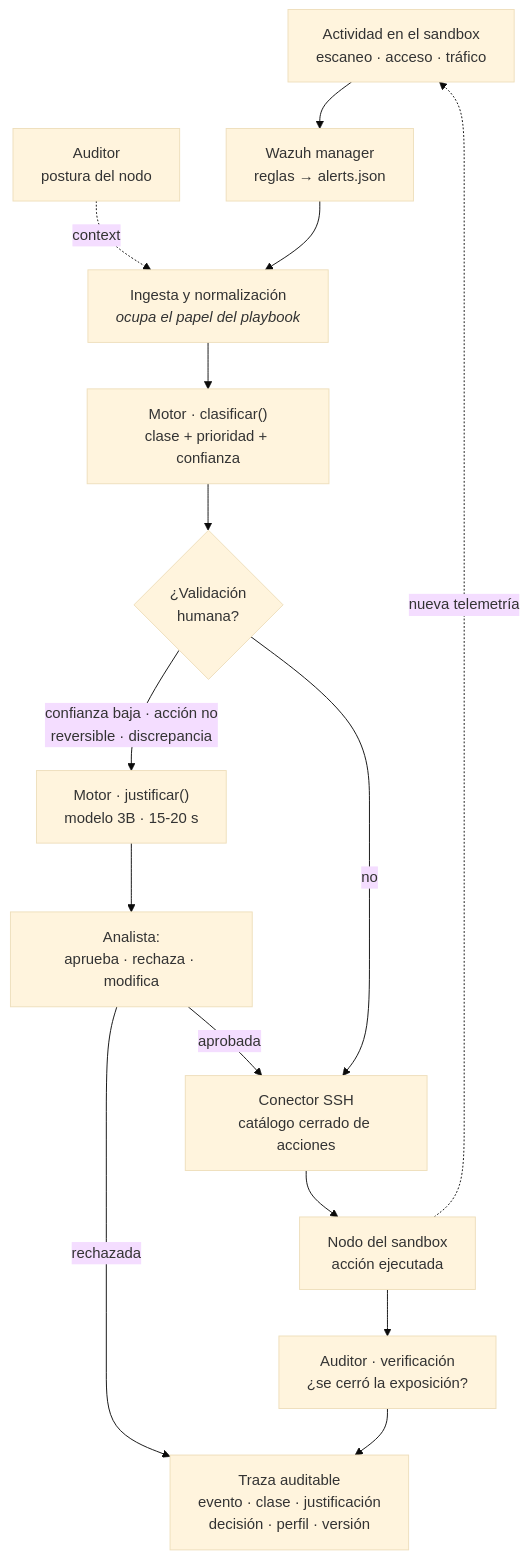
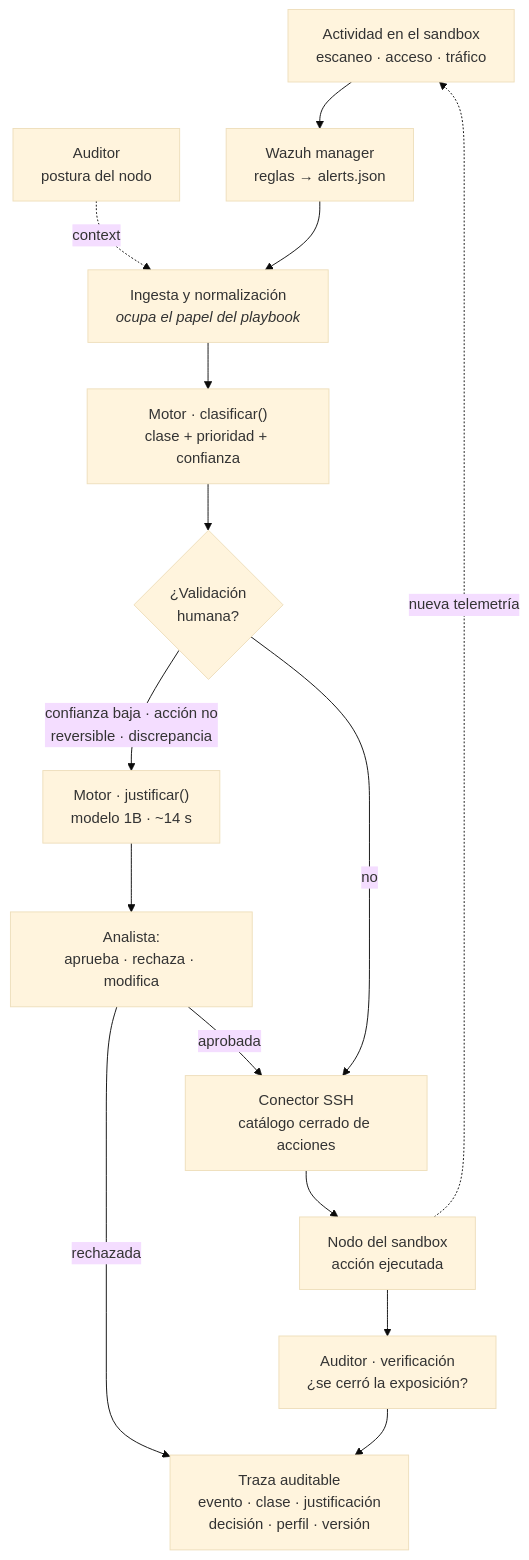
One commit to vBlanyer/domotai-pasantia changed the second of 3 diagrams in documentacion/04-fase4-diseno-de-arquitectura/flujo-triaje-playbook-sandbox.md. Above: the diagram before and after it, drawn with Mermaid (base theme). The commit also changed other lines of this file and 4 other files, not shown here.

````diff
--- a/documentacion/04-fase4-diseno-de-arquitectura/flujo-triaje-playbook-sandbox.md
+++ b/documentacion/04-fase4-diseno-de-arquitectura/flujo-triaje-playbook-sandbox.md
@@ -89,17 +89,17 @@
 ```mermaid
 flowchart TD
     ACT["Actividad en el sandbox<br/>escaneo · acceso · tráfico"] --> WZ["Wazuh manager<br/>reglas → alerts.json"]
     AUD1["Auditor<br/>postura del nodo"] -.contexto.-> ING
     WZ --> ING["Ingesta y normalización<br/><i>ocupa el papel del playbook</i>"]
     ING --> CLS["Motor · clasificar()<br/>clase + prioridad + confianza"]
     CLS --> DEC{"¿Validación<br/>humana?"}
-    DEC -->|"confianza baja · acción no<br/>reversible · discrepancia"| JUS["Motor · justificar()<br/>modelo 3B · 15-20 s"]
+    DEC -->|"confianza baja · acción no<br/>reversible · discrepancia"| JUS["Motor · justificar()<br/>modelo 1B · ~14 s"]
     JUS --> HUM["Analista:<br/>aprueba · rechaza · modifica"]
     HUM -->|aprobada| CON
     HUM -->|rechazada| TRZ
     DEC -->|no| CON["Conector SSH<br/>catálogo cerrado de acciones"]
     CON --> SBX["Nodo del sandbox<br/>acción ejecutada"]
     SBX --> VER["Auditor · verificación<br/>¿se cerró la exposición?"]
     VER --> TRZ["Traza auditable<br/>evento · clase · justificación<br/>decisión · perfil · versión"]
     SBX -.nueva telemetría.-> ACT
 ```
````
